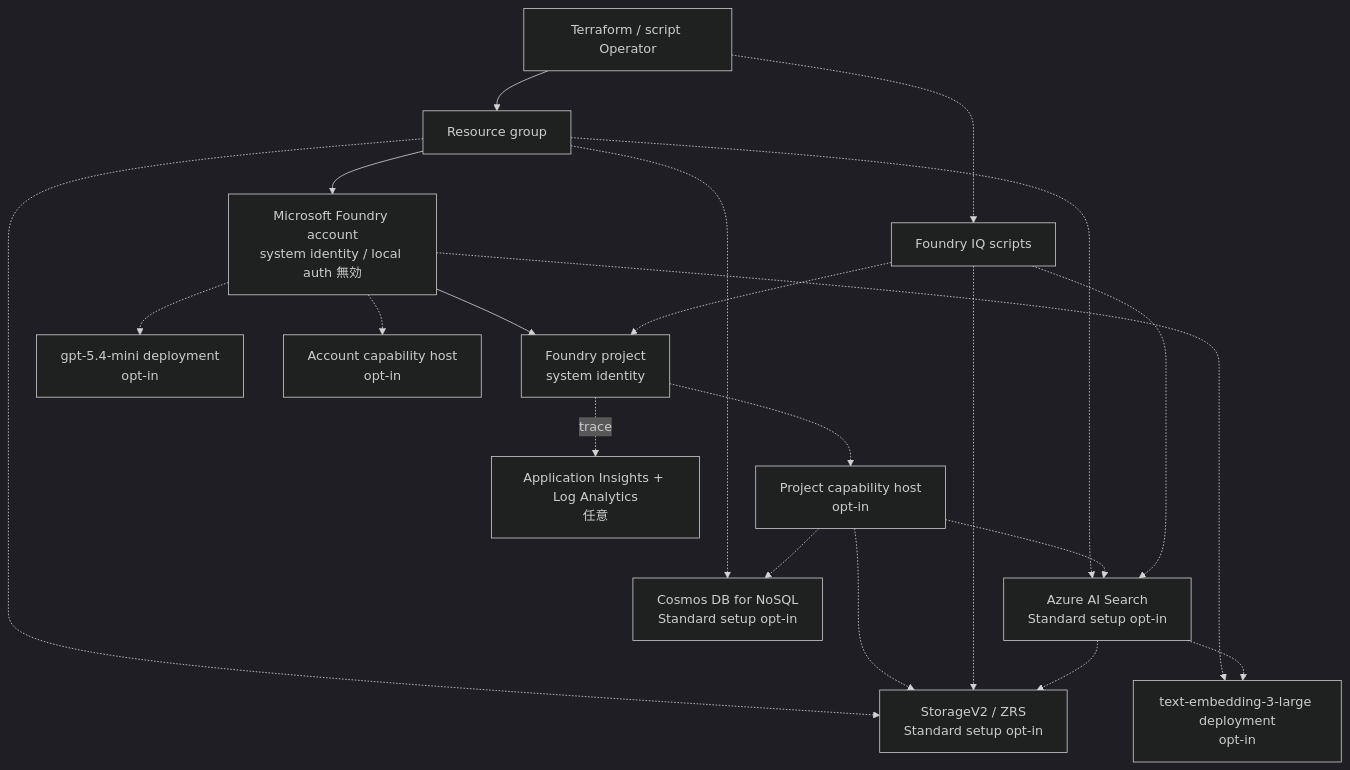
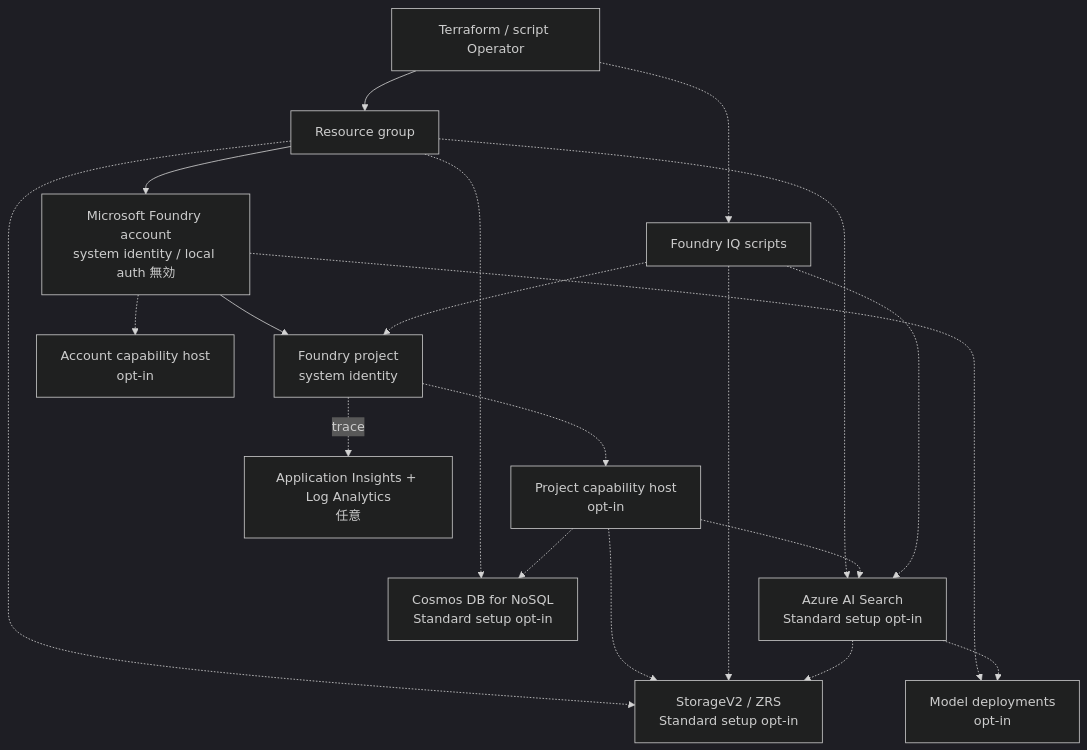
One commit to ks6088ts/template-terraform changed the diagram in infra/scenarios/azure_microsoft_foundry/README.ja.md. Above: the diagram before and after it, drawn with Mermaid (dark theme). The commit also changed other lines of this file and 1 other file, not shown here.

Commit message:
Update model deployments in Microsoft Foundry scenario with new versions and capacities

````diff
--- a/infra/scenarios/azure_microsoft_foundry/README.ja.md
+++ b/infra/scenarios/azure_microsoft_foundry/README.ja.md
@@ -144,37 +172,35 @@
 ```mermaid
 flowchart TD
     Operator["Terraform / script Operator"]
     RG["Resource group"]
     Account["Microsoft Foundry account<br/>system identity / local auth 無効"]
     Project["Foundry project<br/>system identity"]
-    Chat["gpt-5.4-mini deployment<br/>opt-in"]
-    Embedding["text-embedding-3-large deployment<br/>opt-in"]
+    Models["Model deployments<br/>opt-in"]
     Search["Azure AI Search<br/>Standard setup opt-in"]
     Storage["StorageV2 / ZRS<br/>Standard setup opt-in"]
     Cosmos["Cosmos DB for NoSQL<br/>Standard setup opt-in"]
     AccountHost["Account capability host<br/>opt-in"]
     ProjectHost["Project capability host<br/>opt-in"]
     Insights["Application Insights + Log Analytics<br/>任意"]
     Scripts["Foundry IQ scripts"]
 
     Operator --> RG
     RG --> Account
     Account --> Project
-    Account -.-> Chat
-    Account -.-> Embedding
+    Account -.-> Models
     RG -.-> Search
     RG -.-> Storage
     RG -.-> Cosmos
     Account -.-> AccountHost
     Project -.-> ProjectHost
     ProjectHost -.-> Search
     ProjectHost -.-> Storage
     ProjectHost -.-> Cosmos
     Operator -.-> Scripts
     Scripts -.-> Storage
     Scripts -.-> Search
     Scripts -.-> Project
     Search -.-> Storage
-    Search -.-> Embedding
+    Search -.-> Models
     Project -. "trace" .-> Insights
 ```
````
